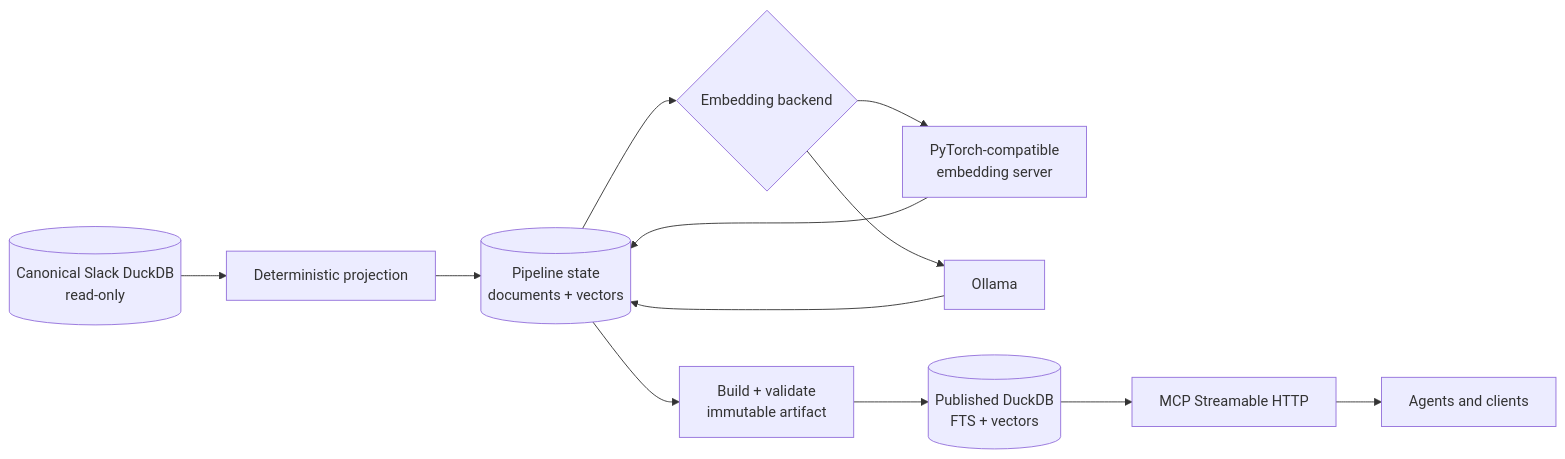
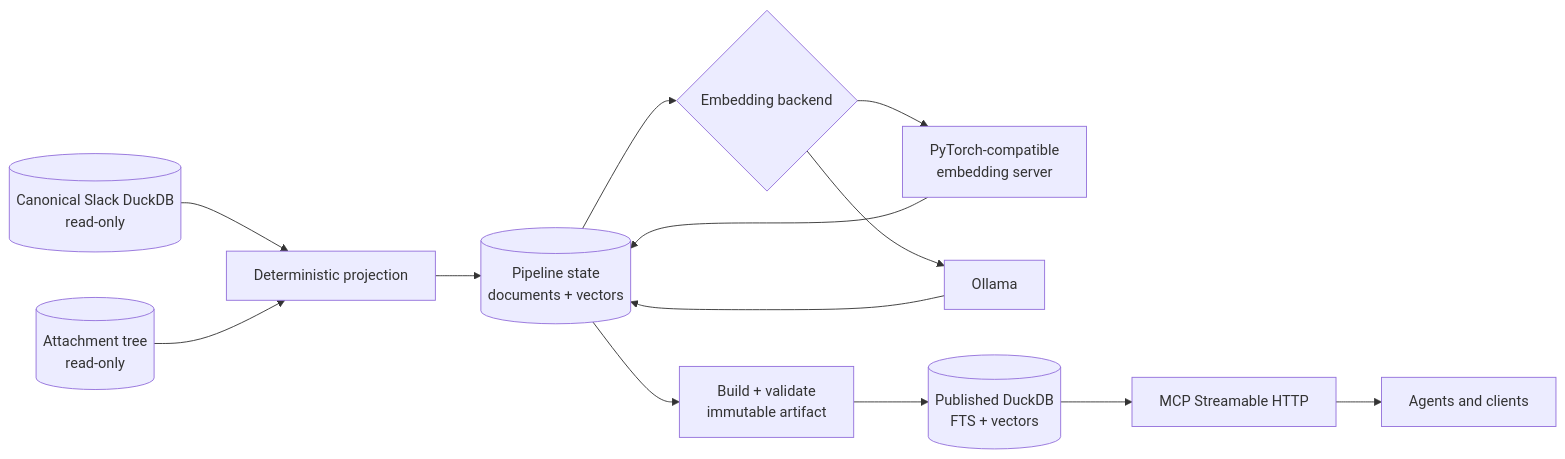
The diagram in README.md (thomasmaerz/slackquery), drawn with Mermaid before and after one commit. The commit also changed other lines of this file and 25 other files, not shown here.

````diff
--- a/README.md
+++ b/README.md
@@ -49,21 +58,23 @@
 ```mermaid
 flowchart LR
     C[(Canonical Slack DuckDB<br/>read-only)]
+    F[(Attachment tree<br/>read-only)]
     P[Deterministic projection]
     S[(Pipeline state<br/>documents + vectors)]
     E{Embedding backend}
     PT[PyTorch-compatible<br/>embedding server]
     OL[Ollama]
     B[Build + validate<br/>immutable artifact]
     A[(Published DuckDB<br/>FTS + vectors)]
     M[MCP Streamable HTTP]
     U[Agents and clients]
 
     C --> P --> S
+    F --> P
     S --> E
     E --> PT
     E --> OL
     PT --> S
     OL --> S
     S --> B --> A --> M --> U
 ```
````
